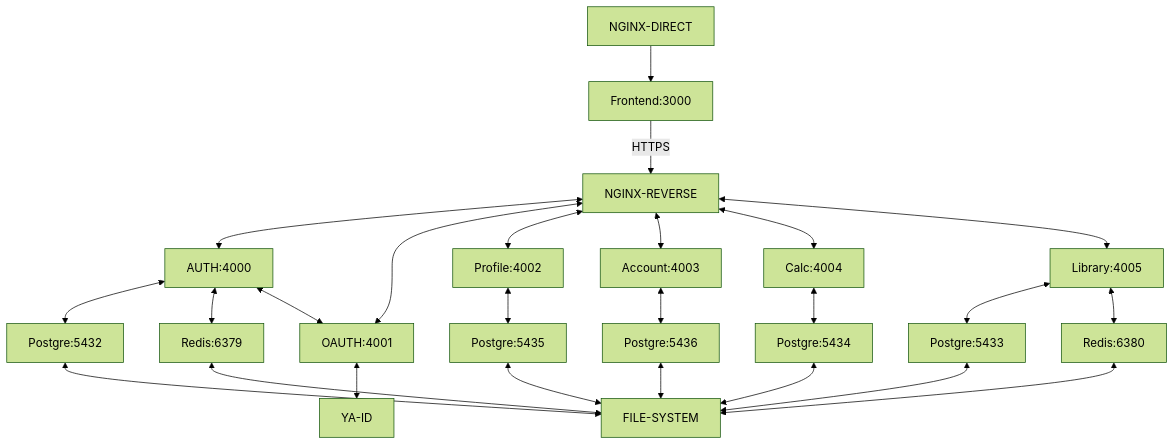
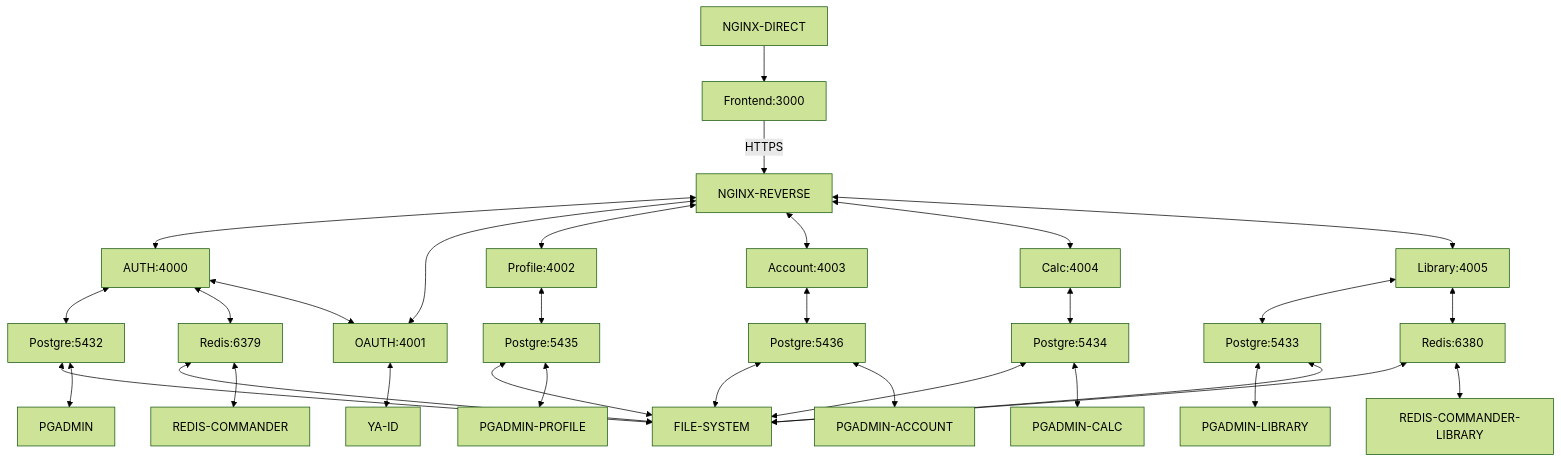
One commit to entools/tools.interface changed the second of 2 diagrams in draft2.md. Above: the diagram before and after it, drawn with Mermaid (forest theme).

````diff
--- a/draft2.md
+++ b/draft2.md
@@ -12,30 +12,38 @@
 ```mermaid
 flowchart
 NGINX-DIRECT --> FRONTEND[Frontend:3000]
 FRONTEND --> |HTTPS| NGINX-REVERSE
 NGINX-REVERSE <--> AUTH[AUTH:4000]
 NGINX-REVERSE <--> OAUTH[OAUTH:4001]
 NGINX-REVERSE <--> PROFILE[Profile:4002]
 NGINX-REVERSE <--> ACCOUNT[Account:4003]
 NGINX-REVERSE <--> CALC[Calc:4004]
 NGINX-REVERSE <--> LIBRARY[Library:4005]
 LIBRARY <--> POSTGRE-LIBRARY[Postgre:5433]
 LIBRARY <--> REDIS-LIBRARY[Redis:6380]
 CALC <--> POSTGRE-CALC[Postgre:5434]
+
 PROFILE <--> POSTGRE-PROFILE[Postgre:5435]
 ACCOUNT <--> POSTGRE-ACCOUNT[Postgre:5436]
 
 
 POSTGRE-CALC <--> FILE-SYSTEM
 POSTGRE-PROFILE <--> FILE-SYSTEM
 POSTGRE-ACCOUNT <--> FILE-SYSTEM
+POSTGRE-CALC <--> PGADMIN-CALC
+POSTGRE-LIBRARY <--> PGADMIN-LIBRARY
+POSTGRE-PROFILE <--> PGADMIN-PROFILE
+POSTGRE-ACCOUNT <--> PGADMIN-ACCOUNT
 
 OAUTH <--> YA-ID
 AUTH <--> POSTGRE[Postgre:5432]
 AUTH <--> REDIS[Redis:6379]
 AUTH <--> OAUTH
 REDIS <--> FILE-SYSTEM
+REDIS <--> REDIS-COMMANDER
 REDIS-LIBRARY <--> FILE-SYSTEM
+REDIS-LIBRARY <--> REDIS-COMMANDER-LIBRARY
 POSTGRE <--> FILE-SYSTEM
+POSTGRE <--> PGADMIN
 POSTGRE-LIBRARY <--> FILE-SYSTEM
 ```
````
